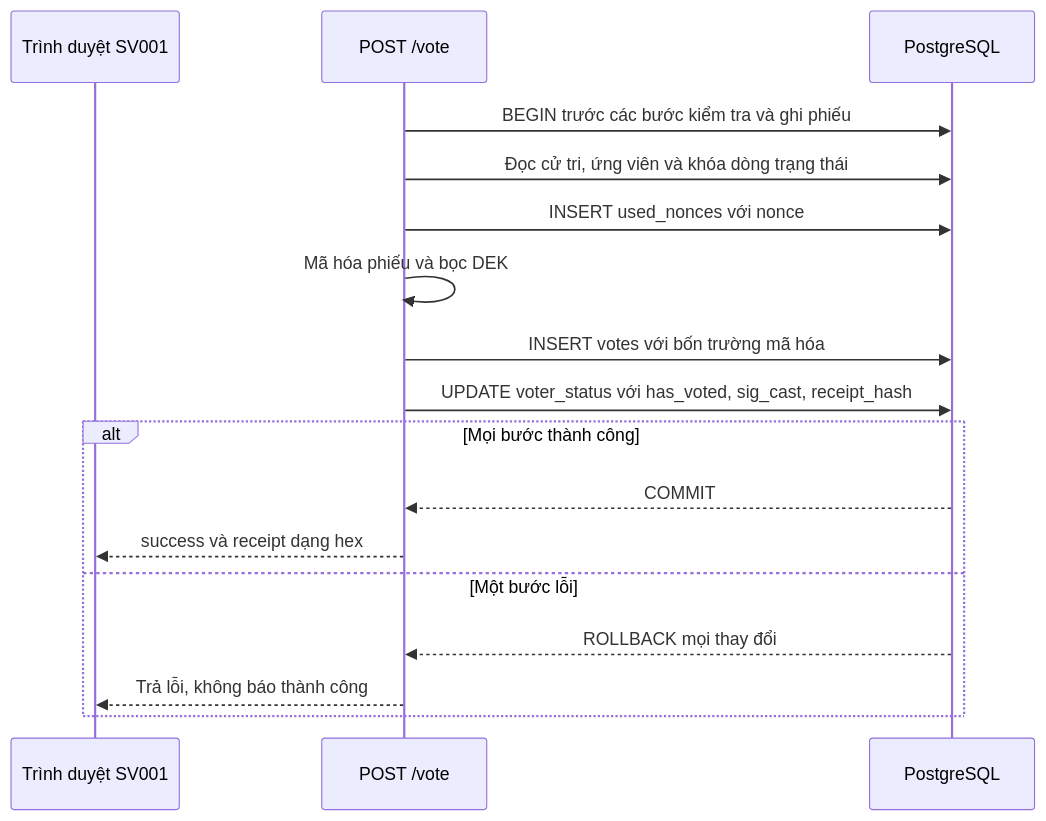
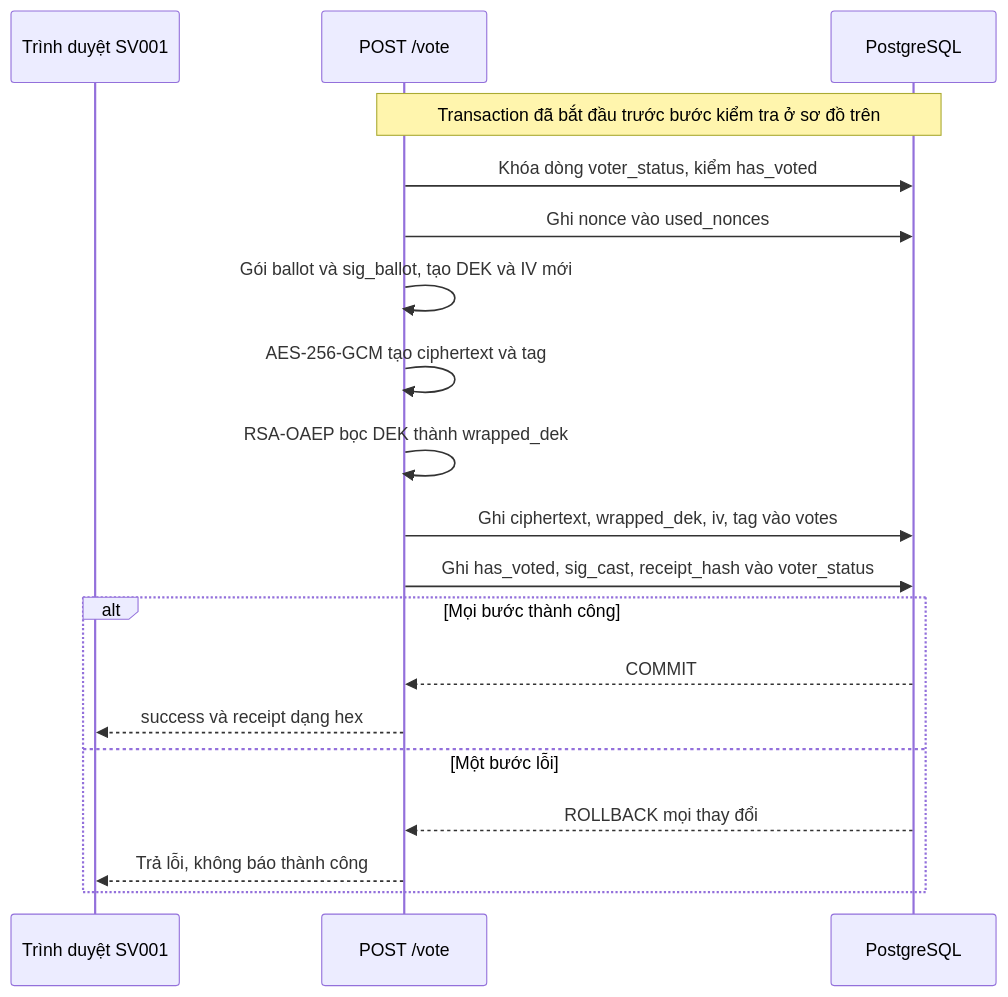
The fourth of 5 diagrams in docs/BCao.md (lam-vu6868/lab3_evoting), drawn with Mermaid before and after one commit. The commit also changed other lines of this file, not shown here.

````diff
--- a/docs/BCao.md
+++ b/docs/BCao.md
@@ -246,19 +148,21 @@
 ```mermaid
 sequenceDiagram
     participant WEB as Trình duyệt SV001
     participant API as POST /vote
     participant DB as PostgreSQL
-    API->>DB: BEGIN trước các bước kiểm tra và ghi phiếu
-    API->>DB: Đọc cử tri, ứng viên và khóa dòng trạng thái
-    API->>DB: INSERT used_nonces với nonce
-    API->>API: Mã hóa phiếu và bọc DEK
-    API->>DB: INSERT votes với bốn trường mã hóa
-    API->>DB: UPDATE voter_status với has_voted, sig_cast, receipt_hash
+    Note over API,DB: Transaction đã bắt đầu trước bước kiểm tra ở sơ đồ trên
+    API->>DB: Khóa dòng voter_status, kiểm has_voted
+    API->>DB: Ghi nonce vào used_nonces
+    API->>API: Gói ballot và sig_ballot, tạo DEK và IV mới
+    API->>API: AES-256-GCM tạo ciphertext và tag
+    API->>API: RSA-OAEP bọc DEK thành wrapped_dek
+    API->>DB: Ghi ciphertext, wrapped_dek, iv, tag vào votes
+    API->>DB: Ghi has_voted, sig_cast, receipt_hash vào voter_status
     alt Mọi bước thành công
         DB-->>API: COMMIT
         API-->>WEB: success và receipt dạng hex
     else Một bước lỗi
         DB-->>API: ROLLBACK mọi thay đổi
         API-->>WEB: Trả lỗi, không báo thành công
     end
 ```
````
